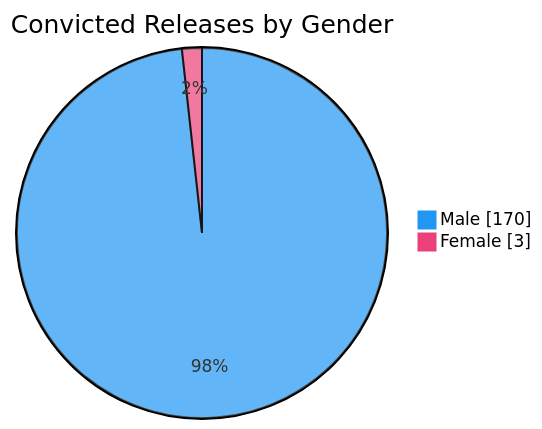
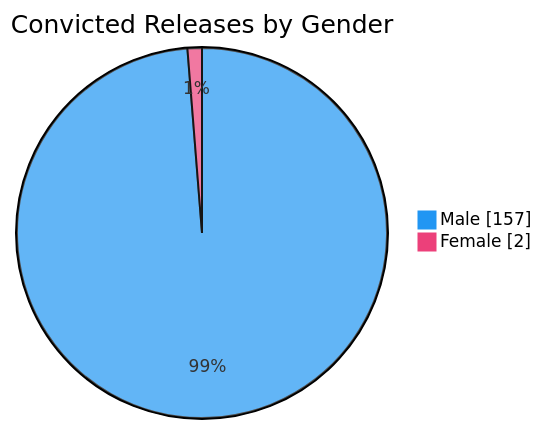
One commit to nuuuwan/lk_prisons changed the sixth of 7 diagrams in README.md. Above: the diagram before and after it, drawn with Mermaid. The commit also changed other lines of this file and 1 other file, not shown here.

````diff
--- a/README.md
+++ b/README.md
@@ -98,6 +98,6 @@
 ```mermaid
 %%{init: {'themeVariables': {'pie1': '#2196F3', 'pie2': '#EC407A'}}}%%
 pie showData title Convicted Releases by Gender
-    "Male" : 170
-    "Female" : 3
+    "Male" : 157
+    "Female" : 2
 ```
````
